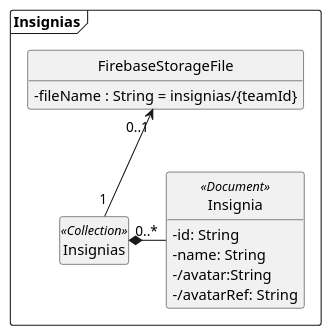
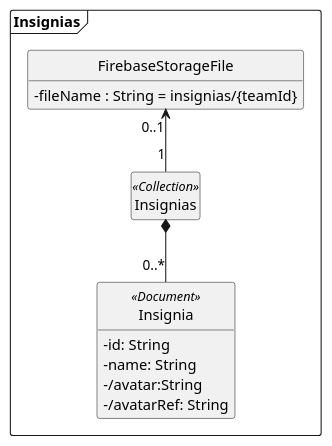
Before and after one commit to Cramer-0xbit/route66-plantuml: the diagram in Insignia.wsd, drawn with PlantUML. The commit also changed 5 other files, not shown here.

```diff
--- a/Insignia.wsd
+++ b/Insignia.wsd
@@ -2,24 +2,24 @@
 @startuml Insignias
 
 package Insignias <<Frame>> {
  class FirebaseStorageFile {
     - fileName : String = insignias/{teamId}
 }
 
  class Insignias <<Collection>>
  class Insignia <<Document>>{
      - id: String
      - name: String
      - /avatar:String
      - /avatarRef: String    
  }
 
 
  FirebaseStorageFile "0..1"<--"1"Insignias
- Insignias*-"0..*" Insignia
+ Insignias*--"0..*" Insignia
 }
 
 hide empty members   
 hide circle
 skinparam classAttributeIconSize 0
 @enduml
```
